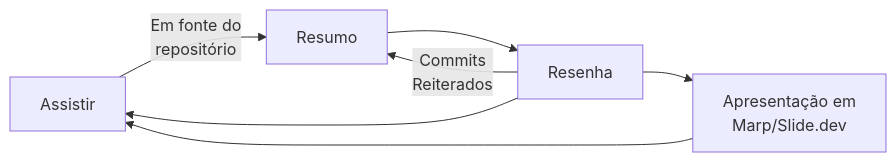
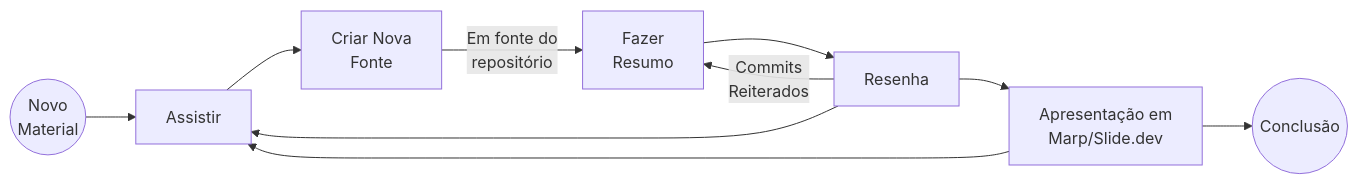
Before and after one commit to dnlclaudino/gestao-do-conhecimento: the second of 6 diagrams in README.md, drawn with Mermaid. The commit also changed other lines of this file, not shown here.

````diff
--- a/README.md
+++ b/README.md
@@ -57,9 +59,11 @@
 ```mermaid
 graph LR;
-    A[Assistir]-- Em fonte do<br>repositório -->C[Resumo];
+    INICIO(("Novo<br>Material"))-->A;
+    A[Assistir]-->BB["Criar Nova<br>Fonte"]-- Em fonte do<br>repositório -->C[Fazer<br>Resumo];
     C-->D[Resenha];
     D--Commits<br>Reiterados-->C
     D-->A
     D-->E[Apresentação em<br>Marp/Slide.dev];
     E-->A
+    E-->FIM(("Conclusão"))
 ```
````
